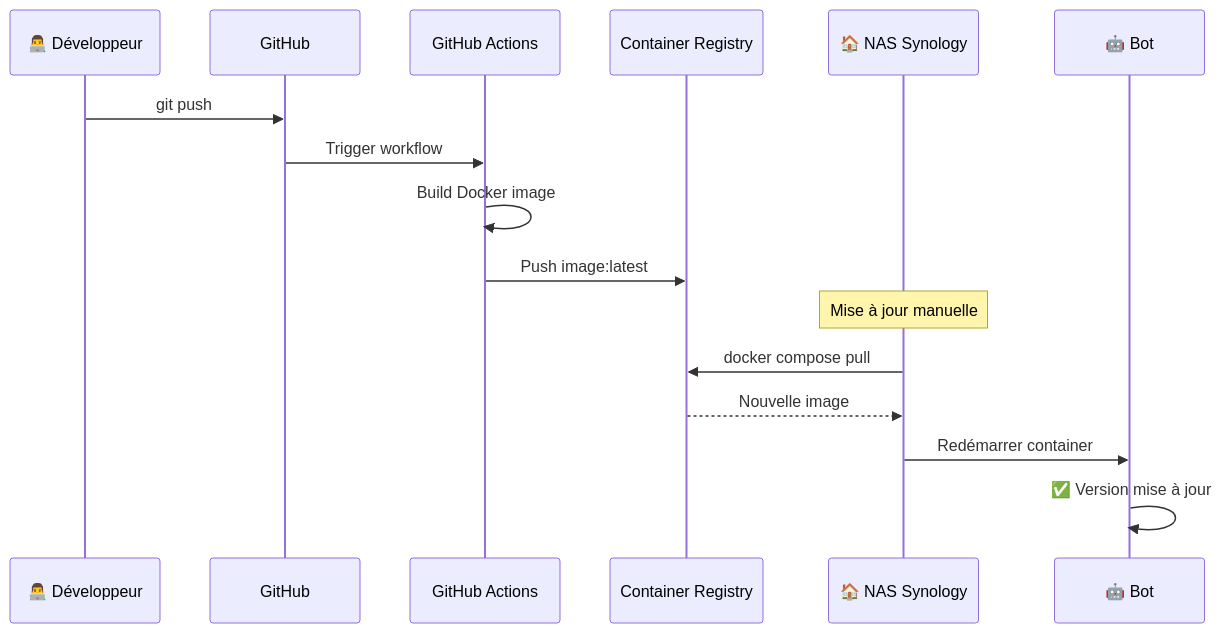
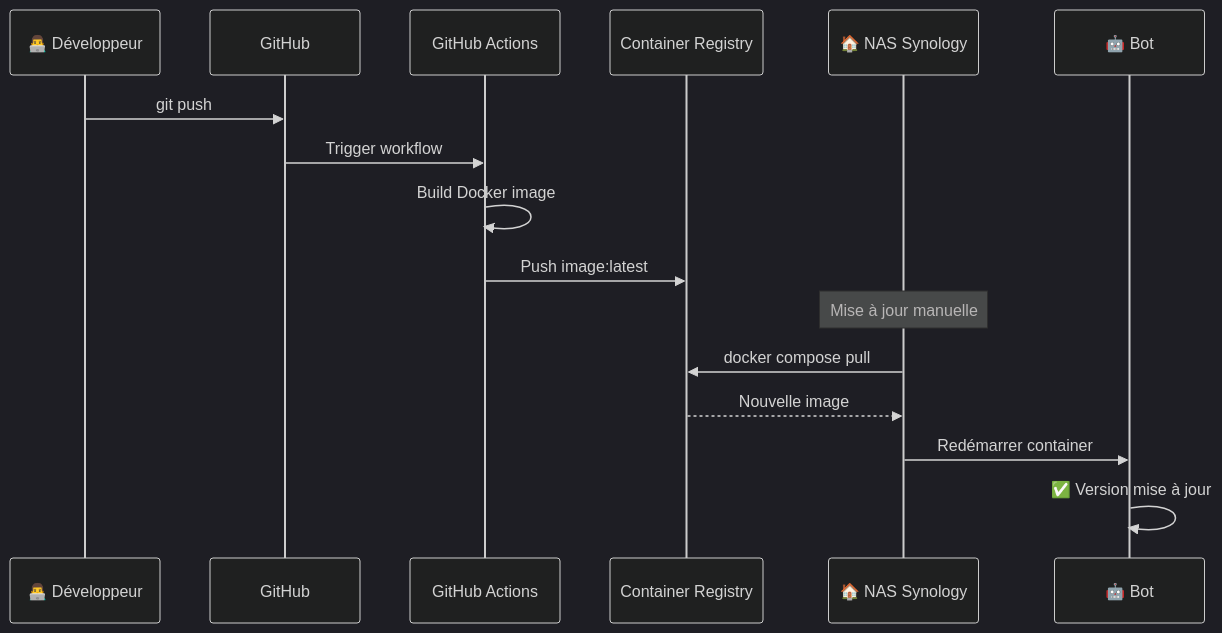
Before and after one commit to Kiwi41/discord-plateau-bot: the third of 3 diagrams in DEPLOYMENT.md, drawn with Mermaid. The commit also changed other lines of this file and 8 other files, not shown here.

Commit message:
docs: Improve Mermaid diagrams visibility for dark theme

````diff
--- a/DEPLOYMENT.md
+++ b/DEPLOYMENT.md
@@ -208,19 +214,21 @@
 ```mermaid
 sequenceDiagram
     participant DEV as 👨‍💻 Développeur
     participant GH as GitHub
     participant GA as GitHub Actions
     participant GHCR as Container Registry
     participant NAS as 🏠 NAS Synology
     participant BOT as 🤖 Bot
     
     DEV->>GH: git push
     GH->>GA: Trigger workflow
     GA->>GA: Build Docker image
     GA->>GHCR: Push image:latest
     Note over NAS: Mise à jour manuelle
     NAS->>GHCR: docker compose pull
     GHCR-->>NAS: Nouvelle image
     NAS->>BOT: Redémarrer container
     BOT->>BOT: ✅ Version mise à jour
+    
+    %%{init: {'theme':'dark'}}%%
 ```
````
